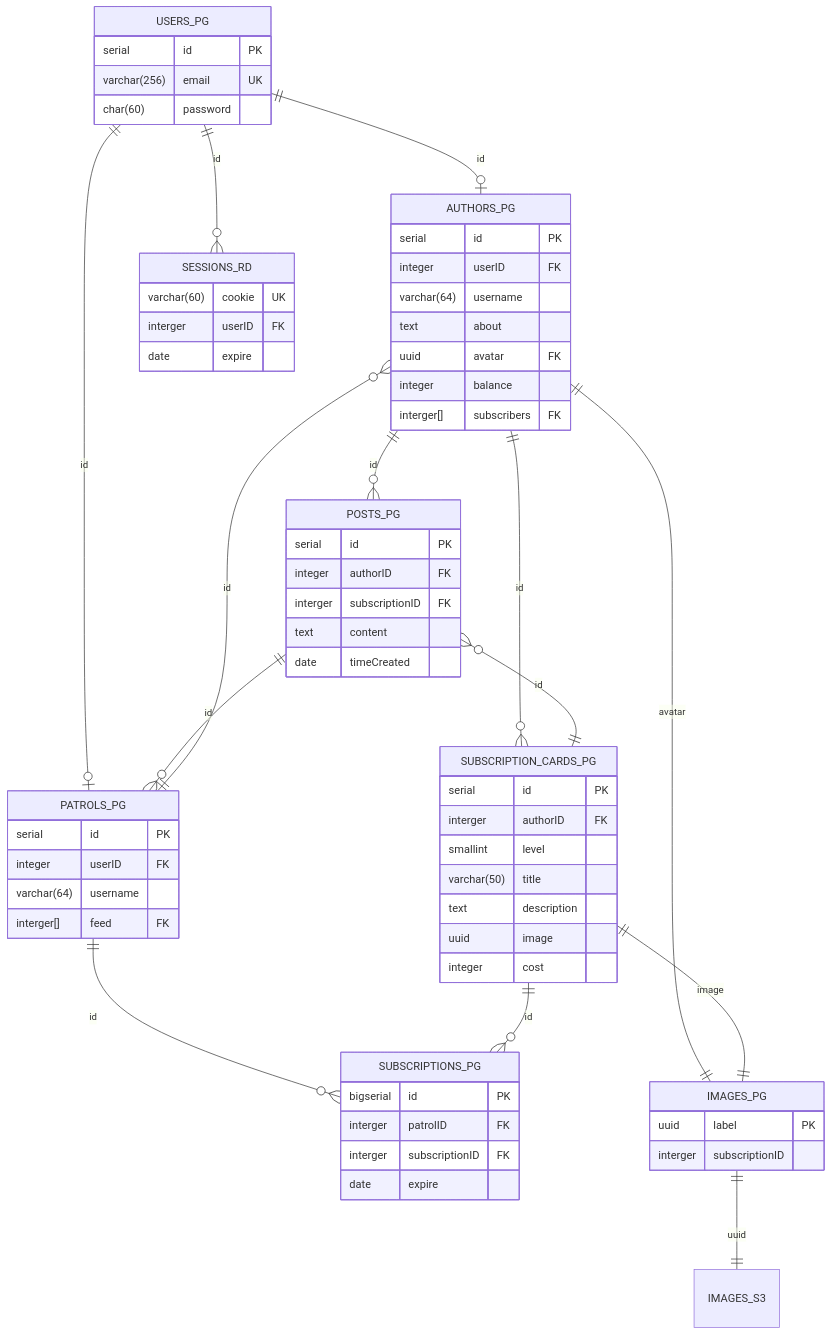
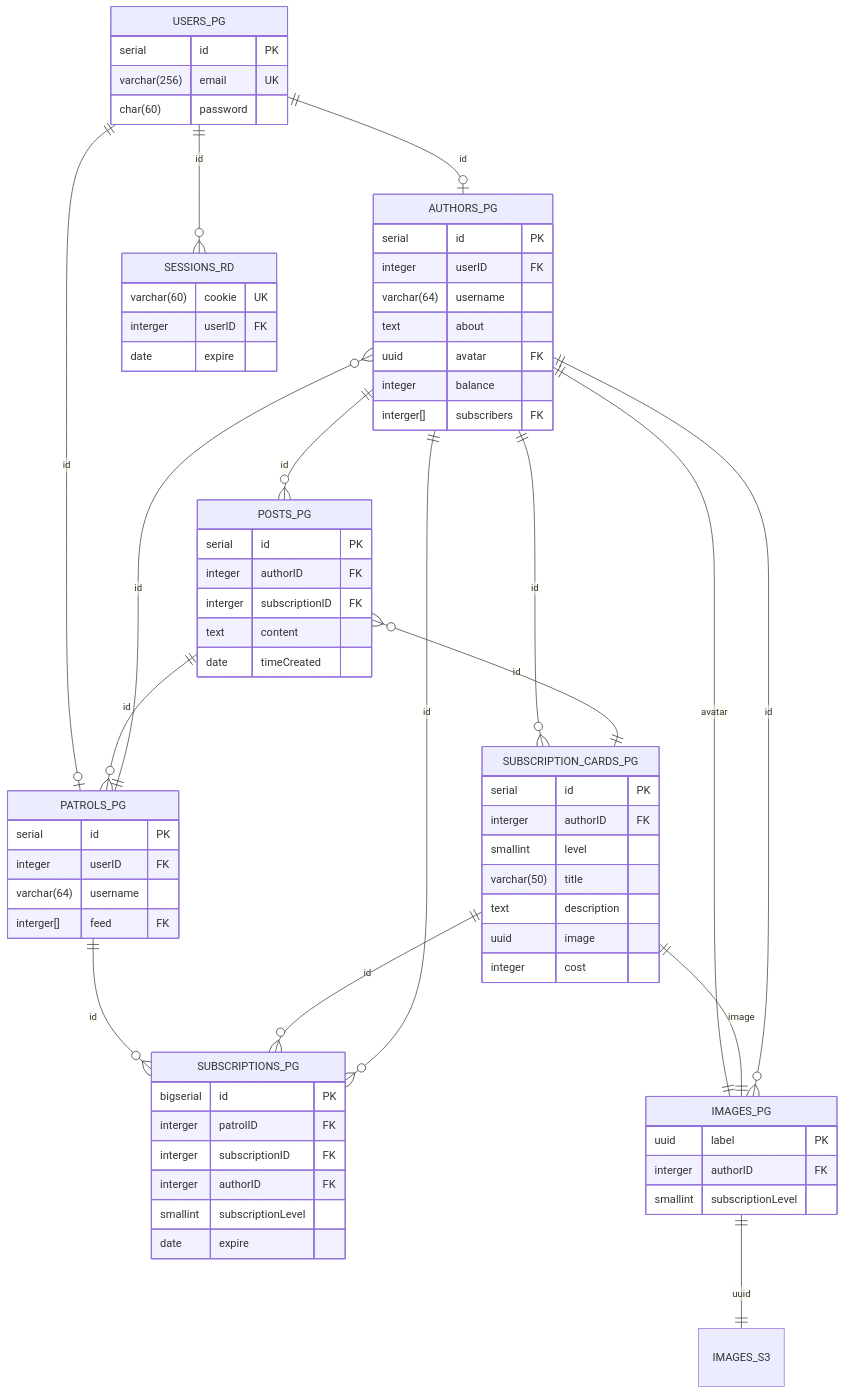
Before and after one commit to leonard-pak/technopark-highload-coursework: the second of 2 diagrams in README.md, drawn with Mermaid. The commit also changed other lines of this file and 1 other file, not shown here.

````diff
--- a/README.md
+++ b/README.md
@@ -333,69 +338,74 @@
 ```mermaid
   erDiagram
     USERS_PG {
       serial id PK
       varchar(256) email UK
       char(60) password
     }
     AUTHORS_PG {
       serial id PK
       integer userID FK
       varchar(64) username
       text about
       uuid avatar FK
       integer balance
       interger[] subscribers FK
     }
     PATROLS_PG {
       serial id PK
       integer userID FK
       varchar(64) username
       interger[] feed FK
     }
     POSTS_PG {
       serial id PK
       integer authorID FK
       interger subscriptionID FK
       text content
       date timeCreated
     }
     SUBSCRIPTION_CARDS_PG {
       serial id PK
       interger authorID FK
       smallint level
       varchar(50) title
       text description
       uuid image
       integer cost
     }
     SESSIONS_RD {
       varchar(60) cookie UK
       interger userID FK
       date expire
     }
     SUBSCRIPTIONS_PG {
       bigserial id PK
       interger patrolID FK
       interger subscriptionID FK
+      interger authorID FK
+      smallint subscriptionLevel
       date expire
     }
     IMAGES_PG {
       uuid label PK
-      interger subscriptionID
+      interger authorID FK
+      smallint subscriptionLevel
     }
 
     IMAGES_PG ||--|| IMAGES_S3: uuid
 
     AUTHORS_PG ||--o{ POSTS_PG: id
     AUTHORS_PG ||--|| IMAGES_PG: avatar
     USERS_PG ||--o| AUTHORS_PG: id
     USERS_PG ||--o| PATROLS_PG: id
     USERS_PG ||--o{ SESSIONS_RD: id
     AUTHORS_PG ||--o{ SUBSCRIPTION_CARDS_PG: id
     POSTS_PG }o--|| SUBSCRIPTION_CARDS_PG: id
     SUBSCRIPTION_CARDS_PG ||--|| IMAGES_PG: image
     PATROLS_PG ||--o{ SUBSCRIPTIONS_PG: id
     SUBSCRIPTION_CARDS_PG ||--o{ SUBSCRIPTIONS_PG: id
     POSTS_PG ||--o{ PATROLS_PG: id
     PATROLS_PG ||--o{ AUTHORS_PG: id
+    AUTHORS_PG ||--o{ SUBSCRIPTIONS_PG: id
+    AUTHORS_PG ||--o{ IMAGES_PG: id
 ```
````
